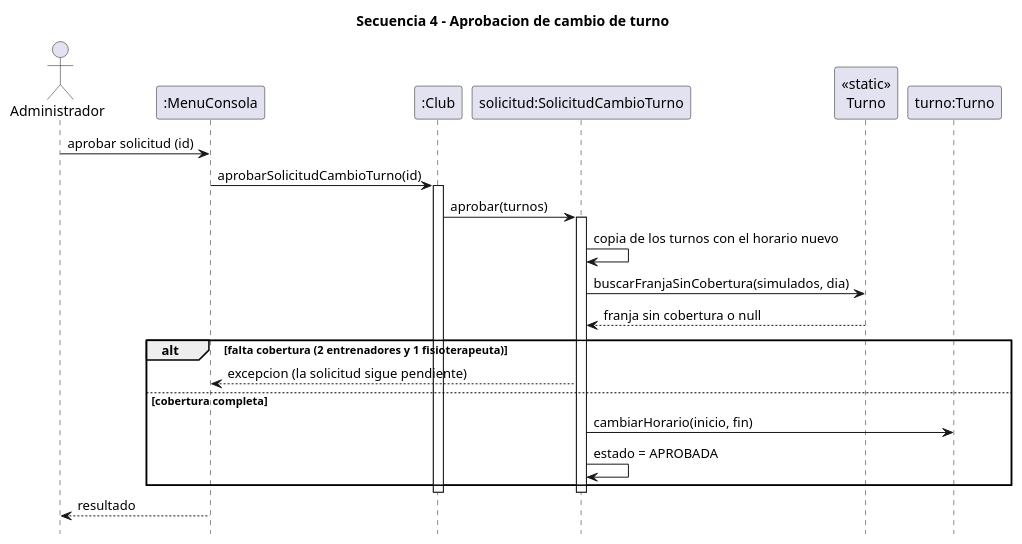
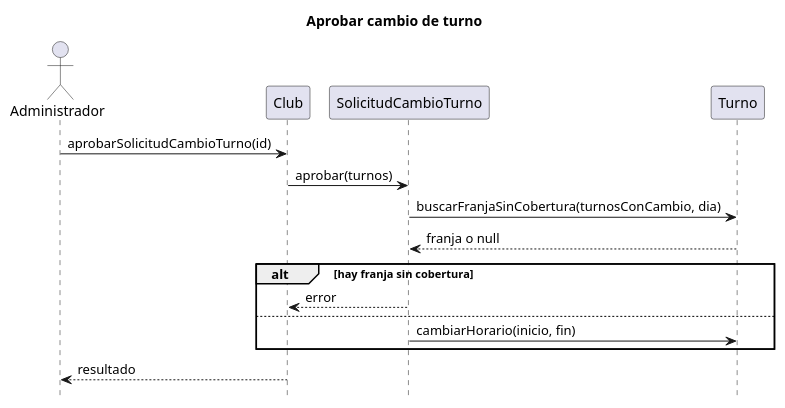
Before and after one commit to alejandrod-24/G03-ClubDeportivo: the diagram in Proyecto 1/Entrega 2/ClubDeportivoseneca/diagramas/secuencia/CDS_SEC_4_cambio_de_turno.puml, drawn with PlantUML. The commit also changed 11 other files, not shown here.

Commit message:
diagramas secuencia

```diff
--- a/Proyecto 1/Entrega 2/ClubDeportivoseneca/diagramas/secuencia/CDS_SEC_4_cambio_de_turno.puml
+++ b/Proyecto 1/Entrega 2/ClubDeportivoseneca/diagramas/secuencia/CDS_SEC_4_cambio_de_turno.puml
@@ -1,31 +1,20 @@
 @startuml
-' Club Deportivo Séneca - Secuencia 4: aprobar cambio de turno (RF-ADM-14)
-title Secuencia 4 - Aprobacion de cambio de turno
+title Aprobar cambio de turno
 hide footbox
-skinparam shadowing false
 
-actor Administrador as U
-participant ":MenuConsola" as M
-participant ":Club" as C
-participant "solicitud:SolicitudCambioTurno" as SC
-participant "<<static>>\nTurno" as TT
-participant "turno:Turno" as T
+actor Administrador
+participant Club
+participant SolicitudCambioTurno
+participant Turno
 
-U -> M : aprobar solicitud (id)
-M -> C : aprobarSolicitudCambioTurno(id)
-activate C
-C -> SC : aprobar(turnos)
-activate SC
-SC -> SC : copia de los turnos con el horario nuevo
-SC -> TT : buscarFranjaSinCobertura(simulados, dia)
-TT --> SC : franja sin cobertura o null
-alt falta cobertura (2 entrenadores y 1 fisioterapeuta)
-  SC --> M : excepcion (la solicitud sigue pendiente)
-else cobertura completa
-  SC -> T : cambiarHorario(inicio, fin)
-  SC -> SC : estado = APROBADA
+Administrador -> Club : aprobarSolicitudCambioTurno(id)
+Club -> SolicitudCambioTurno : aprobar(turnos)
+SolicitudCambioTurno -> Turno : buscarFranjaSinCobertura(turnosConCambio, dia)
+Turno --> SolicitudCambioTurno : franja o null
+alt hay franja sin cobertura
+  SolicitudCambioTurno --> Club : error
+else
+  SolicitudCambioTurno -> Turno : cambiarHorario(inicio, fin)
 end
-deactivate SC
-deactivate C
-M --> U : resultado
+Club --> Administrador : resultado
 @enduml
```
